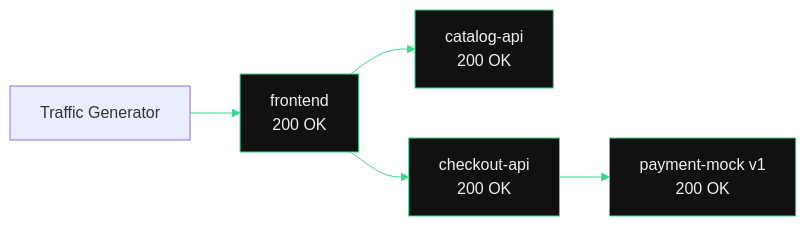
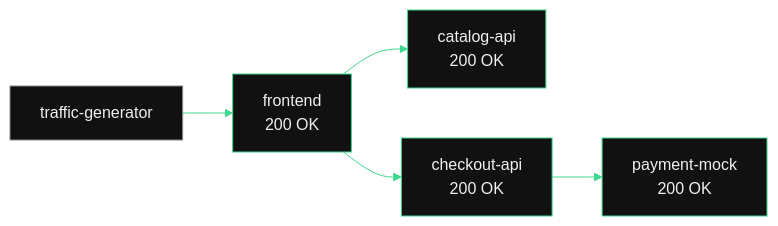
The first of 2 diagrams in workshops/partner-intro/workshop/content/09-live-app-kiali.md (icediceice/Nutanix-NKP-Workshop), drawn with Mermaid before and after one commit. The commit also changed other lines of this file and 7 other files, not shown here.

````diff
--- a/workshops/partner-intro/workshop/content/09-live-app-kiali.md
+++ b/workshops/partner-intro/workshop/content/09-live-app-kiali.md
@@ -25,17 +25,18 @@
 ```mermaid
 graph LR
-    TR["Traffic Generator"] --> FE["frontend<br/>200 OK"]
+    TG["traffic-generator"] --> FE["frontend<br/>200 OK"]
     FE --> CAT["catalog-api<br/>200 OK"]
     FE --> CO["checkout-api<br/>200 OK"]
-    CO --> PAY["payment-mock v1<br/>200 OK"]
+    CO --> PAY["payment-mock<br/>200 OK"]
 
     linkStyle 0 stroke:#3DD68C
     linkStyle 1 stroke:#3DD68C
     linkStyle 2 stroke:#3DD68C
     linkStyle 3 stroke:#3DD68C
 
+    style TG fill:#111,stroke:#888,color:#F0F0F0
     style FE fill:#111,stroke:#3DD68C,color:#F0F0F0
     style CAT fill:#111,stroke:#3DD68C,color:#F0F0F0
     style CO fill:#111,stroke:#3DD68C,color:#F0F0F0
     style PAY fill:#111,stroke:#3DD68C,color:#F0F0F0
 ```
````
